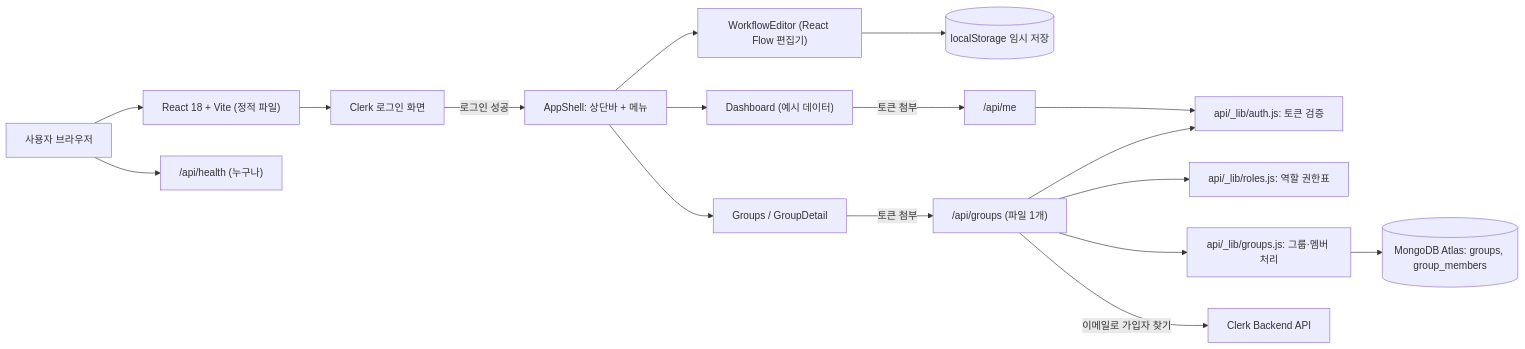
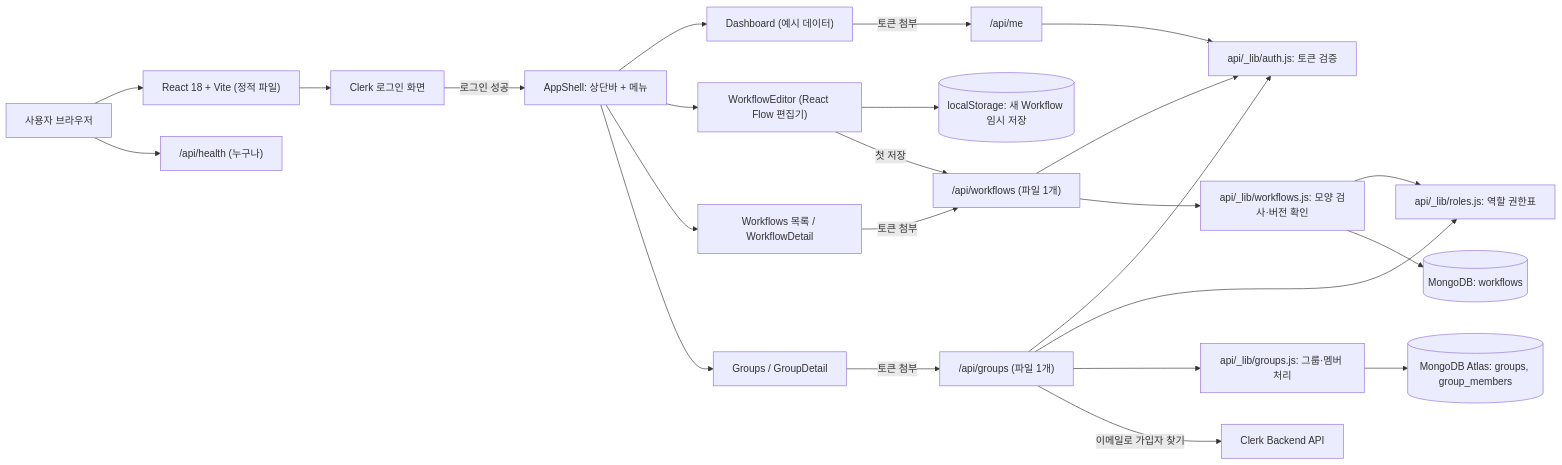
The diagram in docs/ARCHITECTURE.md (jeong-jihyun/flowbuilder), drawn with Mermaid before and after one commit. The commit also changed other lines of this file and 29 other files, not shown here.

First line of the commit message:
6단계: Workflow 저장 (MongoDB)

````diff
--- a/docs/ARCHITECTURE.md
+++ b/docs/ARCHITECTURE.md
@@ -8,19 +8,26 @@
 ```mermaid
 flowchart LR
     USER["사용자 브라우저"] --> FRONT["React 18 + Vite (정적 파일)"]
     FRONT --> CLERK["Clerk 로그인 화면"]
     CLERK -->|로그인 성공| SHELL["AppShell: 상단바 + 메뉴"]
     SHELL --> DASH["Dashboard (예시 데이터)"]
     SHELL --> EDITOR["WorkflowEditor (React Flow 편집기)"]
-    EDITOR --> DRAFT[("localStorage 임시 저장")]
+    EDITOR --> DRAFT[("localStorage: 새 Workflow 임시 저장")]
+    SHELL --> WFLIST["Workflows 목록 / WorkflowDetail"]
+    WFLIST -->|토큰 첨부| WAPI["/api/workflows (파일 1개)"]
+    EDITOR -->|첫 저장| WAPI
+    WAPI --> AUTH
+    WAPI --> WSVC["api/_lib/workflows.js: 모양 검사·버전 확인"]
+    WSVC --> RBAC
+    WSVC --> DB2[("MongoDB: workflows")]
     USER --> API["/api/health (누구나)"]
     DASH -->|토큰 첨부| ME["/api/me"]
     ME --> AUTH["api/_lib/auth.js: 토큰 검증"]
     SHELL --> GROUPS["Groups / GroupDetail"]
     GROUPS -->|토큰 첨부| GAPI["/api/groups (파일 1개)"]
     GAPI --> AUTH
     GAPI --> RBAC["api/_lib/roles.js: 역할 권한표"]
     GAPI --> SVC["api/_lib/groups.js: 그룹·멤버 처리"]
     SVC --> DB[("MongoDB Atlas: groups, group_members")]
     GAPI -->|이메일로 가입자 찾기| CLERKAPI["Clerk Backend API"]
 ```
````
